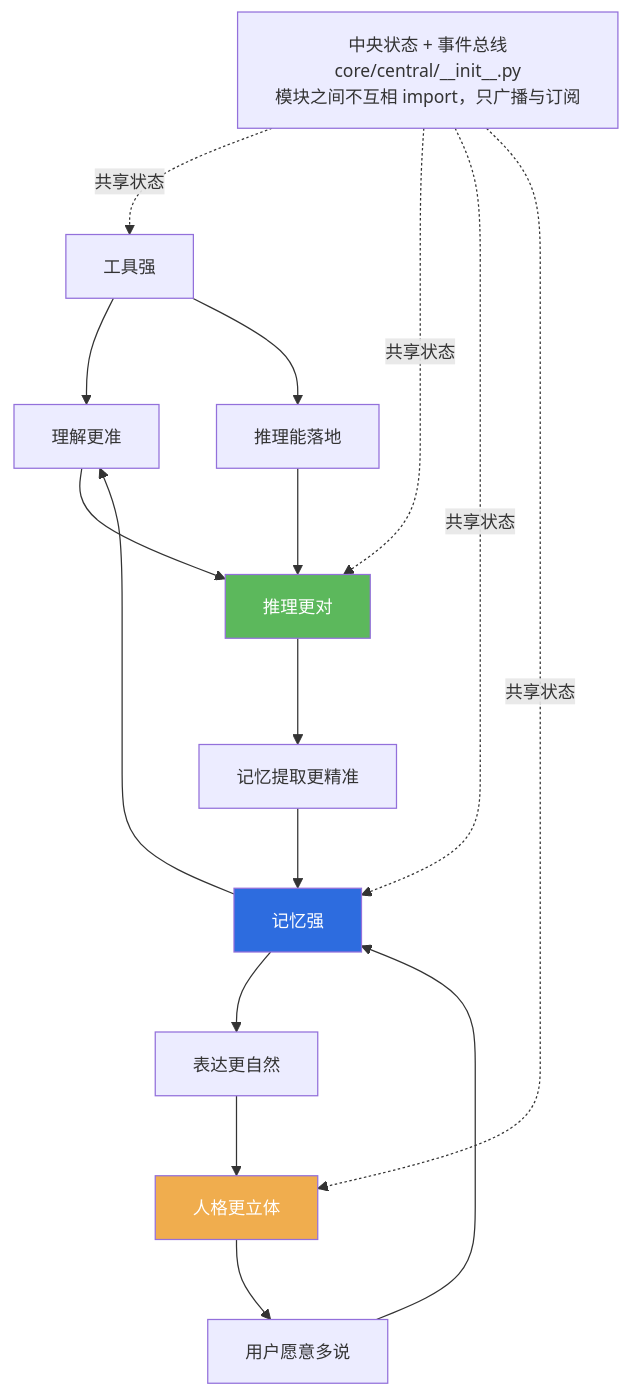
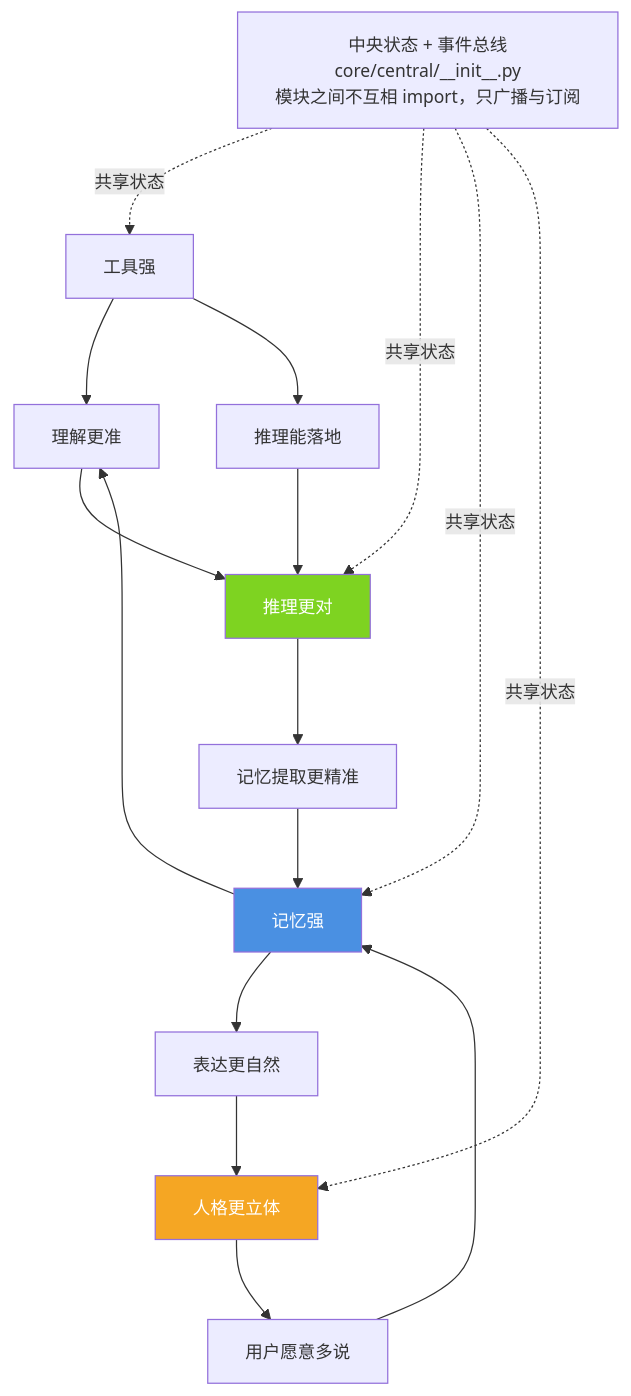
The seventh of 20 diagrams in docs/architecture-diagrams.md (jiangchuangege/xiaojiao-harnees), drawn with Mermaid before and after one commit. The commit also changed other lines of this file and 32 other files, not shown here.

Commit message:
统一：全仓原理图配色到一套调色板 + 给 12 张灰图补色 + 修正自己会睡那张过期图

````diff
--- a/docs/architecture-diagrams.md
+++ b/docs/architecture-diagrams.md
@@ -266,25 +266,25 @@
 ```mermaid
 %%{init: {"themeVariables": {"fontSize": "14px"}, "flowchart": {"htmlLabels": true, "wrappingWidth": 340, "nodeSpacing": 46, "rankSpacing": 64, "useMaxWidth": true}}}%%
 flowchart TB
     TOOL["工具强"] --> U1["理解更准"]
     TOOL --> U2["推理能落地"]
     U2 --> U3["推理更对"]
     U1 --> U3
     U3 --> MEM["记忆提取更精准"]
     MEM --> MEMS["记忆强"]
     MEMS --> EXPR["表达更自然"]
     EXPR --> PERS["人格更立体"]
     PERS --> MORE["用户愿意多说"]
     MORE --> MEMS
     MEMS --> U1
 
     BUS["中央状态 + 事件总线<br/>core/central/__init__.py<br/>模块之间不互相 import，只广播与订阅"]
     BUS -.->|"共享状态"| TOOL
     BUS -.->|"共享状态"| U3
     BUS -.->|"共享状态"| MEMS
     BUS -.->|"共享状态"| PERS
 
-    style MEMS fill:#2d6cdf,color:#fff
-    style U3 fill:#5cb85c,color:#fff
-    style PERS fill:#f0ad4e,color:#fff
+    style MEMS fill:#4A90E2,color:#fff
+    style U3 fill:#7ED321,color:#fff
+    style PERS fill:#F5A623,color:#fff
 ```
````
